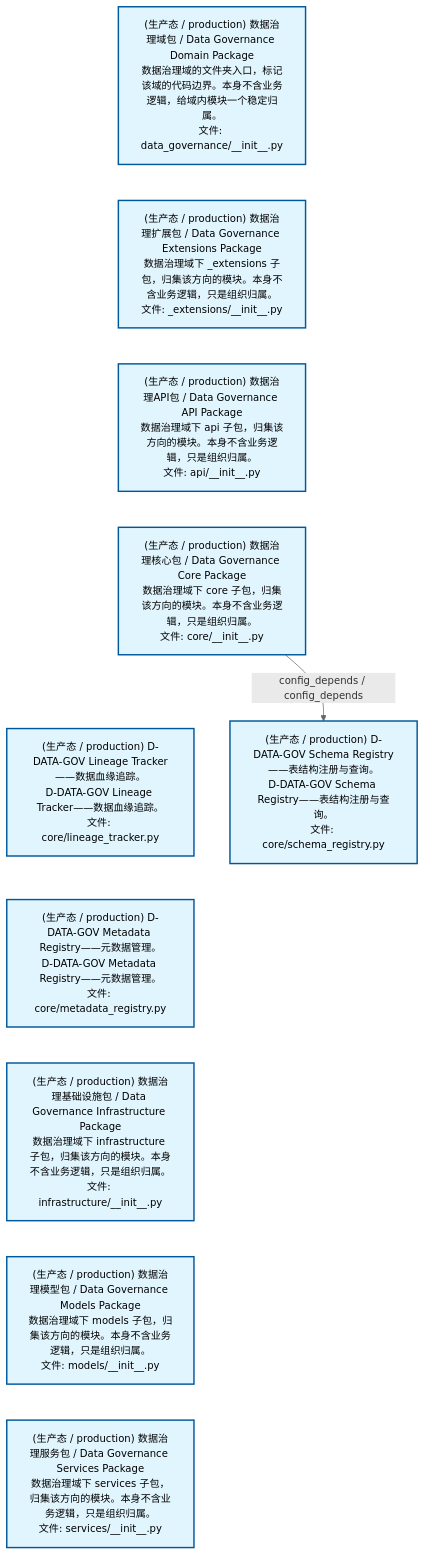
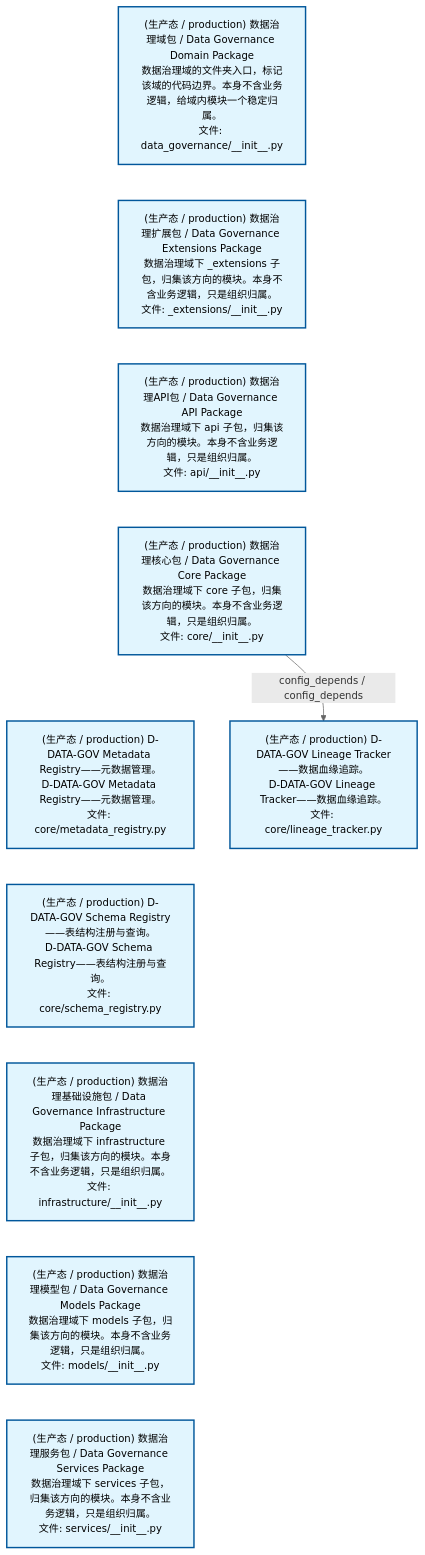
Before and after one commit to xuanFelixVan/ZephyrAlpha: the diagram in docs/02_enterprise_architecture/02_domain_architecture_docs/13_d_data_gov.md, drawn with Mermaid. The commit also changed 44 other files, not shown here.

````diff
--- a/docs/02_enterprise_architecture/02_domain_architecture_docs/13_d_data_gov.md
+++ b/docs/02_enterprise_architecture/02_domain_architecture_docs/13_d_data_gov.md
@@ -53,28 +53,28 @@
 ```mermaid
 %%{init: {'theme': 'base', 'themeVariables': {'primaryColor': '#eaeaea', 'primaryTextColor': '#333333', 'primaryBorderColor': '#666666', 'lineColor': '#666666', 'secondaryColor': '#eaeaea', 'tertiaryColor': '#eaeaea', 'fontSize': '14px'}}}%%
 flowchart TD
     src_zephyr_data_governance_init_py["(生产态 / production) 数据治理域包 / Data Governance Domain Package<br/>数据治理域的文件夹入口，标记该域的代码边界。本身不含业务逻辑，给域内模块一个稳定归属。<br/>文件: data_governance/__init__.py"]
     src_zephyr_data_governance_extensions_init_py["(生产态 / production) 数据治理扩展包 / Data Governance Extensions Package<br/>数据治理域下 _extensions 子包，归集该方向的模块。本身不含业务逻辑，只是组织归属。<br/>文件: _extensions/__init__.py"]
     src_zephyr_data_governance_api_init_py["(生产态 / production) 数据治理API包 / Data Governance API Package<br/>数据治理域下 api 子包，归集该方向的模块。本身不含业务逻辑，只是组织归属。<br/>文件: api/__init__.py"]
     src_zephyr_data_governance_core_init_py["(生产态 / production) 数据治理核心包 / Data Governance Core Package<br/>数据治理域下 core 子包，归集该方向的模块。本身不含业务逻辑，只是组织归属。<br/>文件: core/__init__.py"]
-    src_zephyr_data_governance_core_lineage_tracker_py["(生产态 / production) D-DATA-GOV Lineage Tracker——数据血缘追踪。<br/>D-DATA-GOV Lineage Tracker——数据血缘追踪。<br/>文件: core/lineage_tracker.py"]
     src_zephyr_data_governance_core_metadata_registry_py["(生产态 / production) D-DATA-GOV Metadata Registry——元数据管理。<br/>D-DATA-GOV Metadata Registry——元数据管理。<br/>文件: core/metadata_registry.py"]
+    src_zephyr_data_governance_core_schema_registry_py["(生产态 / production) D-DATA-GOV Schema Registry——表结构注册与查询。<br/>D-DATA-GOV Schema Registry——表结构注册与查询。<br/>文件: core/schema_registry.py"]
     src_zephyr_data_governance_infrastructure_init_py["(生产态 / production) 数据治理基础设施包 / Data Governance Infrastructure Package<br/>数据治理域下 infrastructure 子包，归集该方向的模块。本身不含业务逻辑，只是组织归属。<br/>文件: infrastructure/__init__.py"]
     src_zephyr_data_governance_models_init_py["(生产态 / production) 数据治理模型包 / Data Governance Models Package<br/>数据治理域下 models 子包，归集该方向的模块。本身不含业务逻辑，只是组织归属。<br/>文件: models/__init__.py"]
     src_zephyr_data_governance_services_init_py["(生产态 / production) 数据治理服务包 / Data Governance Services Package<br/>数据治理域下 services 子包，归集该方向的模块。本身不含业务逻辑，只是组织归属。<br/>文件: services/__init__.py"]
     src_zephyr_data_governance_init_py ~~~ src_zephyr_data_governance_extensions_init_py
     src_zephyr_data_governance_extensions_init_py ~~~ src_zephyr_data_governance_api_init_py
     src_zephyr_data_governance_api_init_py ~~~ src_zephyr_data_governance_core_init_py
-    src_zephyr_data_governance_core_init_py ~~~ src_zephyr_data_governance_core_lineage_tracker_py
-    src_zephyr_data_governance_core_lineage_tracker_py ~~~ src_zephyr_data_governance_core_metadata_registry_py
-    src_zephyr_data_governance_core_metadata_registry_py ~~~ src_zephyr_data_governance_infrastructure_init_py
+    src_zephyr_data_governance_core_init_py ~~~ src_zephyr_data_governance_core_metadata_registry_py
+    src_zephyr_data_governance_core_metadata_registry_py ~~~ src_zephyr_data_governance_core_schema_registry_py
+    src_zephyr_data_governance_core_schema_registry_py ~~~ src_zephyr_data_governance_infrastructure_init_py
     src_zephyr_data_governance_infrastructure_init_py ~~~ src_zephyr_data_governance_models_init_py
     src_zephyr_data_governance_models_init_py ~~~ src_zephyr_data_governance_services_init_py
-    src_zephyr_data_governance_core_schema_registry_py["(生产态 / production) D-DATA-GOV Schema Registry——表结构注册与查询。<br/>D-DATA-GOV Schema Registry——表结构注册与查询。<br/>文件: core/schema_registry.py"]
-    src_zephyr_data_governance_core_init_py -->|config_depends / config_depends| src_zephyr_data_governance_core_schema_registry_py
+    src_zephyr_data_governance_core_lineage_tracker_py["(生产态 / production) D-DATA-GOV Lineage Tracker——数据血缘追踪。<br/>D-DATA-GOV Lineage Tracker——数据血缘追踪。<br/>文件: core/lineage_tracker.py"]
+    src_zephyr_data_governance_core_init_py -->|config_depends / config_depends| src_zephyr_data_governance_core_lineage_tracker_py
     classDef production fill:#e1f5fe,stroke:#01579b,stroke-width:2px,color:#000
     classDef design fill:#fff3e0,stroke:#e65100,stroke-width:2px,color:#000,stroke-dasharray: 5 5
     classDef external_prod fill:#e8f4fd,stroke:#0277bd,stroke-width:1px,color:#000
     classDef external_design fill:#fff8e7,stroke:#ef6c00,stroke-width:1px,color:#000,stroke-dasharray: 5 5
     class src_zephyr_data_governance_init_py,src_zephyr_data_governance_extensions_init_py,src_zephyr_data_governance_api_init_py,src_zephyr_data_governance_core_init_py,src_zephyr_data_governance_core_lineage_tracker_py,src_zephyr_data_governance_core_metadata_registry_py,src_zephyr_data_governance_core_schema_registry_py,src_zephyr_data_governance_infrastructure_init_py,src_zephyr_data_governance_models_init_py,src_zephyr_data_governance_services_init_py production
 ```
````
